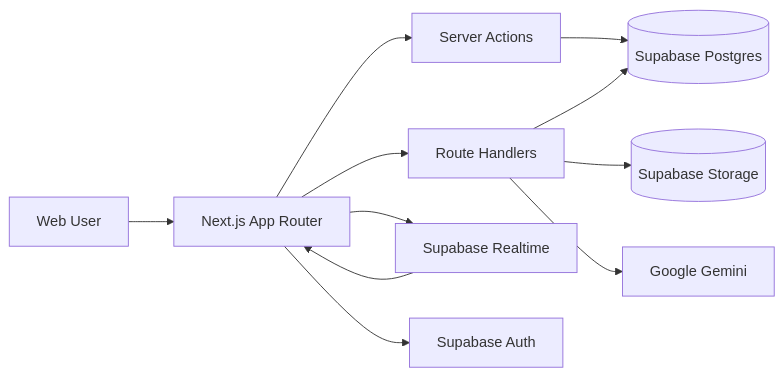
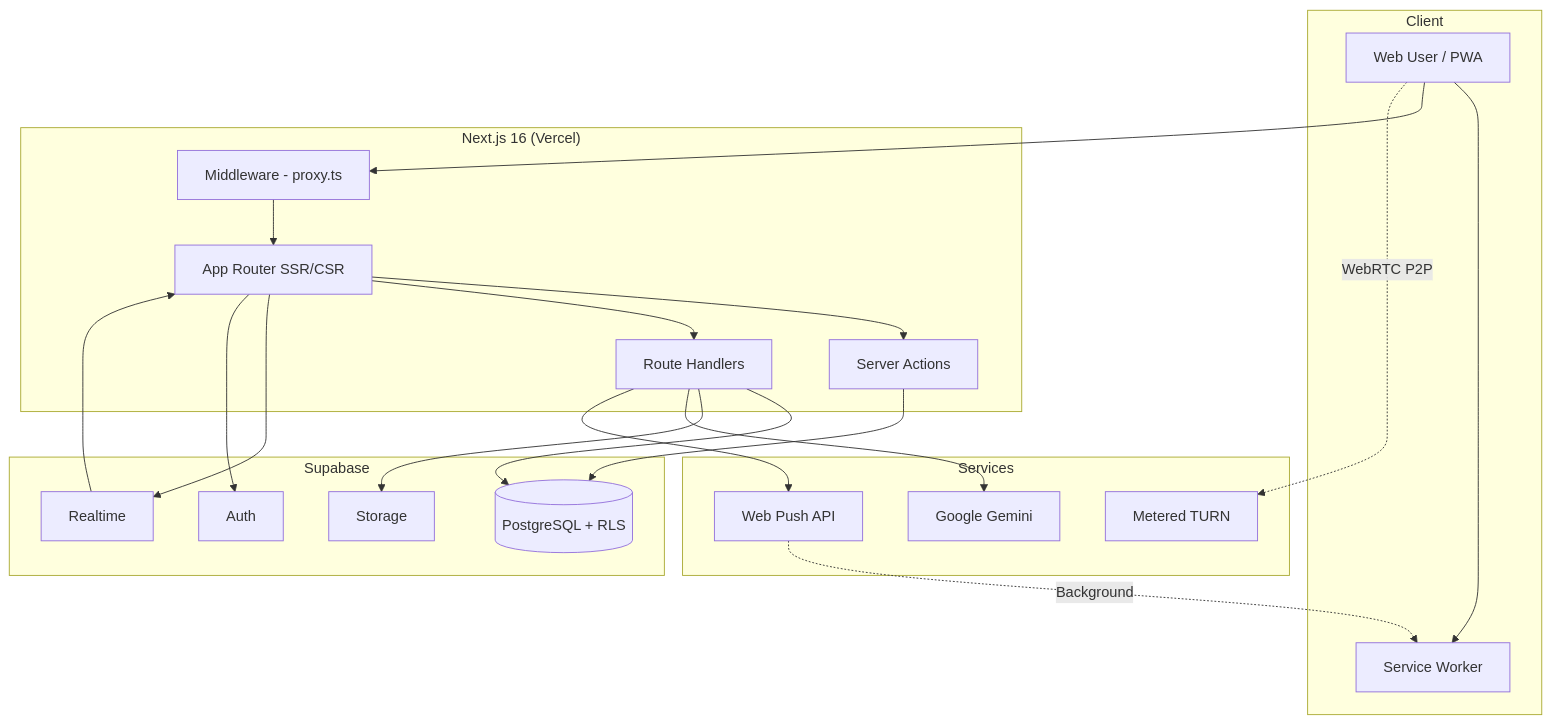
The second of 2 diagrams in README.md (MrBinary15/AphelliumPlatform-Portfolio), drawn with Mermaid before and after one commit. The commit also changed other lines of this file and 197 other files, not shown here.

````diff
--- a/README.md
+++ b/README.md
@@ -401,13 +585,40 @@
 ```mermaid
-flowchart LR
-    U[Web User] --> N[Next.js App Router]
-    N --> SA[Server Actions]
-    N --> API[Route Handlers]
-    SA --> SDB[(Supabase Postgres)]
-    API --> SDB
-    API --> SST[(Supabase Storage)]
-    N --> SR[Supabase Realtime]
+flowchart TB
+    subgraph Client
+        U[Web User / PWA]
+        SW[Service Worker]
+        U --> SW
+    end
+
+    subgraph "Next.js 16 (Vercel)"
+        N[App Router SSR/CSR]
+        SA[Server Actions]
+        API[Route Handlers]
+        MW[Middleware - proxy.ts]
+    end
+
+    subgraph Supabase
+        SDB[(PostgreSQL + RLS)]
+        AUTH[Auth]
+        SST[Storage]
+        SR[Realtime]
+    end
+
+    subgraph Services
+        AI[Google Gemini]
+        TURN[Metered TURN]
+        PUSH[Web Push API]
+    end
+
+    U --> MW --> N
+    N --> SA --> SDB
+    N --> API --> SDB
+    API --> SST
+    API --> AI
+    API --> PUSH
+    N --> SR
     SR --> N
-    N --> AUTH[Supabase Auth]
-    API --> AI[Google Gemini]
+    N --> AUTH
+    U -.->|WebRTC P2P| TURN
+    PUSH -.->|Background| SW
 ```
````
